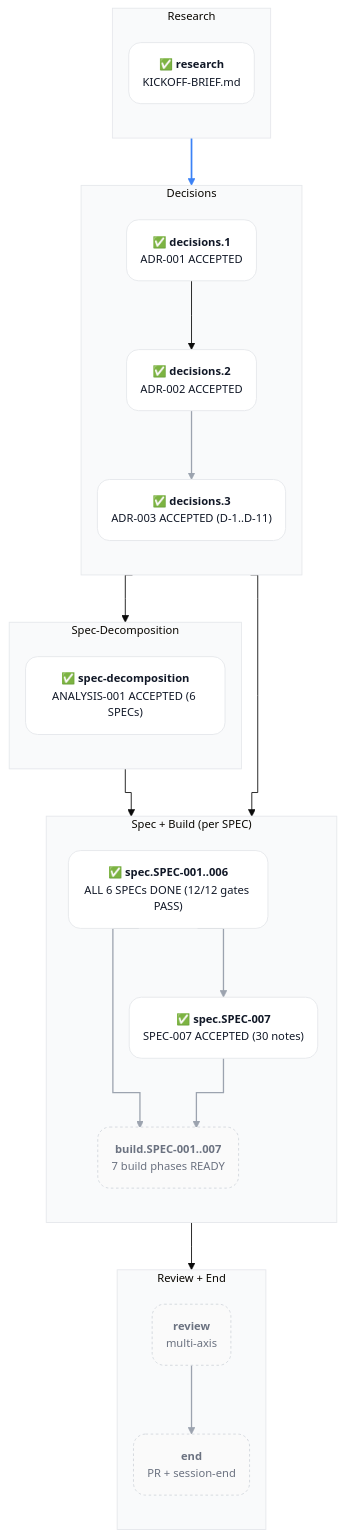
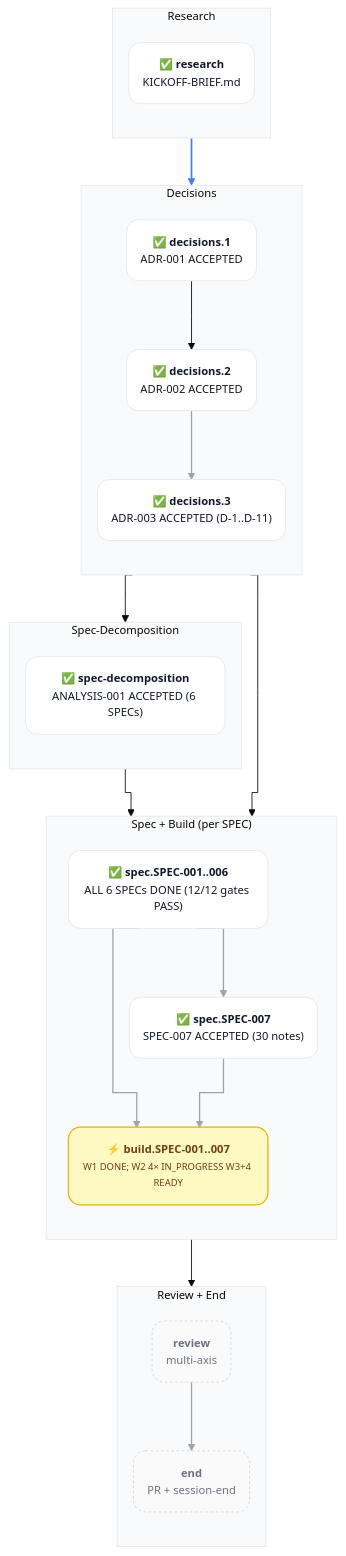
One commit to acmelabs-15/skills changed the first of 11 diagrams in docs/planning/PLAN-001-skills-ecosystem.md. Above: the diagram before and after it, drawn with Mermaid. The commit also changed other lines of this file and 210 other files, not shown here.

````diff
--- a/docs/planning/PLAN-001-skills-ecosystem.md
+++ b/docs/planning/PLAN-001-skills-ecosystem.md
@@ -88,58 +96,59 @@
 ```mermaid
 %%{init: {'theme':'base','flowchart':{'curve':'stepAfter','nodeSpacing':18,'rankSpacing':55,'padding':16,'diagramPadding':20,'htmlLabels':true},'themeVariables':{'fontFamily':'-apple-system, BlinkMacSystemFont, system-ui, sans-serif','fontSize':'13px','clusterBkg':'#f9fafb','clusterBorder':'#e5e7eb'},'themeCSS':'.edgePath path, .flowchart-link { stroke-linejoin: round !important; stroke-linecap: round !important; } .cluster-label .nodeLabel { font-family: ui-monospace, SFMono-Regular, Menlo, monospace !important; font-size: 11px !important; font-weight: 600 !important; letter-spacing: 0.1em !important; text-transform: uppercase !important; color: #6b7280 !important; }'}}%%
 graph TD
 
   classDef done fill:#ffffff,stroke:#e5e7eb,stroke-width:1px,color:#111827,rx:14,ry:14
   classDef pending fill:#fafafa,stroke:#d1d5db,stroke-width:1px,color:#6b7280,stroke-dasharray:3 3,rx:14,ry:14
 
   subgraph R ["Research"]
     direction TB
     research("✅ <b>research</b><br/><span style='color:#6b7280;font-size:11px'>KICKOFF-BRIEF.md</span>")
   end
 
   subgraph D ["Decisions"]
     direction TB
     d1("✅ <b>decisions.1</b><br/><span style='color:#6b7280;font-size:11px'>ADR-001 ACCEPTED</span>")
     d2("✅ <b>decisions.2</b><br/><span style='color:#6b7280;font-size:11px'>ADR-002 ACCEPTED</span>")
     d3("✅ <b>decisions.3</b><br/><span style='color:#6b7280;font-size:11px'>ADR-003 ACCEPTED (D-1..D-11)</span>")
     d2 --> d3
   end
 
   subgraph S ["Spec-Decomposition"]
     direction TB
     sd("✅ <b>spec-decomposition</b><br/><span style='color:#6b7280;font-size:11px'>ANALYSIS-001 ACCEPTED (6 SPECs)</span>")
   end
 
   subgraph SB ["Spec + Build (per SPEC)"]
     direction TB
     spec_n("✅ <b>spec.SPEC-001..006</b><br/><span style='color:#6b7280;font-size:11px'>ALL 6 SPECs DONE (12/12 gates PASS)</span>")
     spec_007("✅ <b>spec.SPEC-007</b><br/><span style='color:#6b7280;font-size:11px'>SPEC-007 ACCEPTED (30 notes)</span>")
-    build_n("<b>build.SPEC-001..007</b><br/><span style='color:#6b7280;font-size:11px'>7 build phases READY</span>")
+    build_n("⚡ <b>build.SPEC-001..007</b><br/><span style='color:#6b7280;font-size:11px'>W1 DONE; W2 4× IN_PROGRESS; W3+4 READY</span>")
     spec_n --> spec_007
     spec_n --> build_n
     spec_007 --> build_n
   end
 
   subgraph RE ["Review + End"]
     direction TB
     review("<b>review</b><br/><span style='color:#6b7280;font-size:11px'>multi-axis</span>")
     fin("<b>end</b><br/><span style='color:#6b7280;font-size:11px'>PR + session-end</span>")
     review --> fin
   end
 
   research --> d1
   d1 --> d2
   d2 --> sd
   sd --> spec_n
   d3 --> spec_007
   build_n --> review
 
   class research,d1,d2,sd,spec_n done
   class d3 done
   class spec_007 done
-  class build_n,review,fin pending
+  class review,fin pending
+  class build_n inprogress
   classDef inprogress fill:#fef9c3,stroke:#eab308,stroke-width:1.5px,color:#713f12,rx:14,ry:14
 
   linkStyle 0,1,2,3,4 stroke:#9ca3af,stroke-width:1.5px
   linkStyle 5 stroke:#3b82f6,stroke-width:2px
 ```
````
